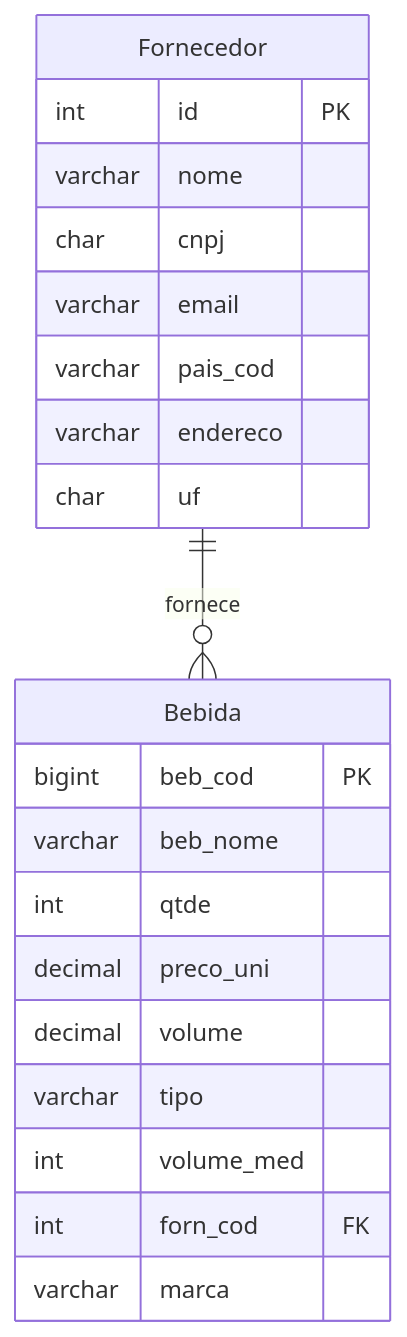
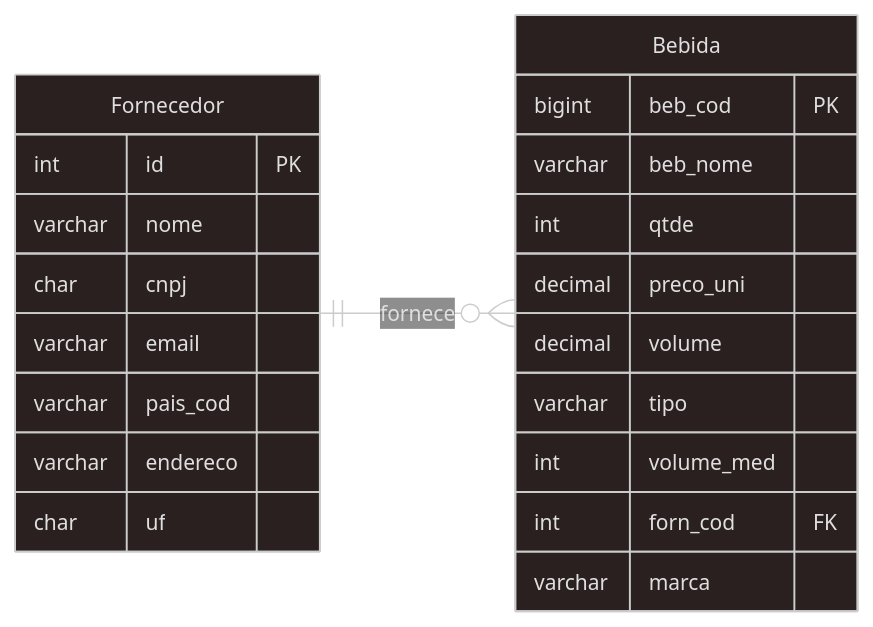
One commit to ulcitrinitas/CrudLP changed the diagram in README.md. Above: the diagram before and after it, drawn with Mermaid.

Commit message:
alterada digrama

````diff
--- a/README.md
+++ b/README.md
@@ -5,26 +5,31 @@
 ```mermaid
+---
+config:
+  theme: neo-dark
+---
 erDiagram
-    Fornecedor ||--o{ Bebida : fornece
+	direction LR
+	Fornecedor {
+		int id PK ""  
+		varchar nome  ""  
+		char cnpj  ""  
+		varchar email  ""  
+		varchar pais_cod  ""  
+		varchar endereco  ""  
+		char uf  ""  
+	}
+	Bebida {
+		bigint beb_cod PK ""  
+		varchar beb_nome  ""  
+		int qtde  ""  
+		decimal preco_uni  ""  
+		decimal volume  ""  
+		varchar tipo  ""  
+		int volume_med  ""  
+		int forn_cod FK ""  
+		varchar marca  ""  
+	}
 
-    Fornecedor {
-        int id PK
-        varchar nome
-        char cnpj
-        varchar email
-        varchar pais_cod
-        varchar endereco
-        char uf
-    }
+	Fornecedor||--o{Bebida:"fornece"
 
-    Bebida {
-        bigint beb_cod PK
-        varchar beb_nome
-        int qtde
-        decimal preco_uni
-        decimal volume
-        varchar tipo
-        int volume_med
-        int forn_cod FK
-        varchar marca
-    }
 ```
````
